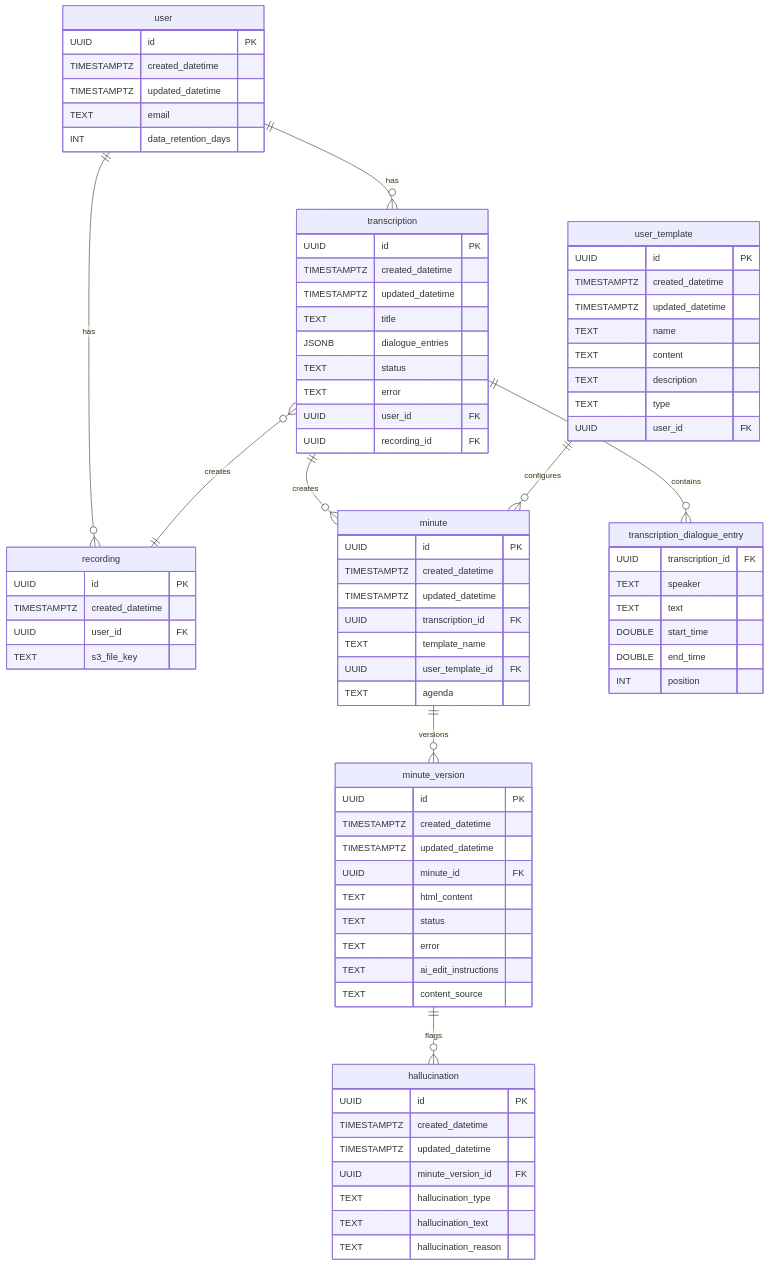
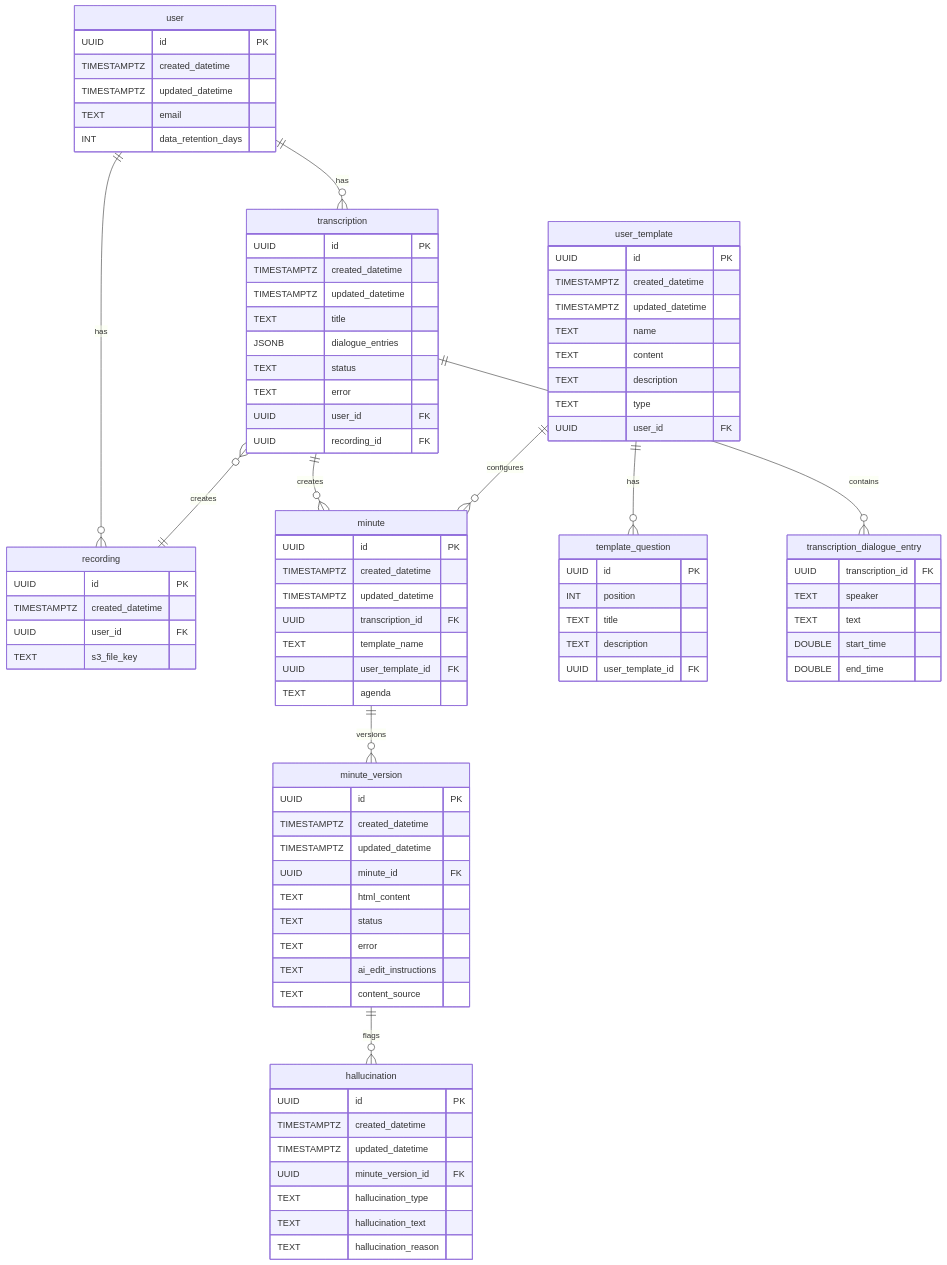
One commit to communitiesuk/i-ai-minute changed the first of 2 diagrams in documentation/data-contracts.md. Above: the diagram before and after it, drawn with Mermaid. The commit also changed other lines of this file, not shown here.

Commit message:
docs: AIILG-268: update data contracts with template questions, refined metrics, and token tracking

````diff
--- a/documentation/data-contracts.md
+++ b/documentation/data-contracts.md
@@ -63,6 +63,14 @@
     UUID user_id FK
   }
 
+  template_question {
+    UUID id PK
+    INT position
+    TEXT title
+    TEXT description
+    UUID user_template_id FK
+  }
+
   minute_version {
     UUID id PK
     TIMESTAMPTZ created_datetime
@@ -91,18 +99,19 @@
     TEXT text
     DOUBLE start_time
     DOUBLE end_time
-    INT position
   }
 
   user ||--o{ recording : has
   user ||--o{ transcription : has
   transcription }o--|| recording : creates
+  transcription ||--o{ transcription_dialogue_entry : contains
 
   transcription ||--o{ minute : creates
+
   user_template ||--o{ minute : configures
+  user_template ||--o{ template_question : has
 
   minute ||--o{ minute_version : versions
   minute_version ||--o{ hallucination : flags
 
-  transcription ||--o{ transcription_dialogue_entry : contains
 ```
````
